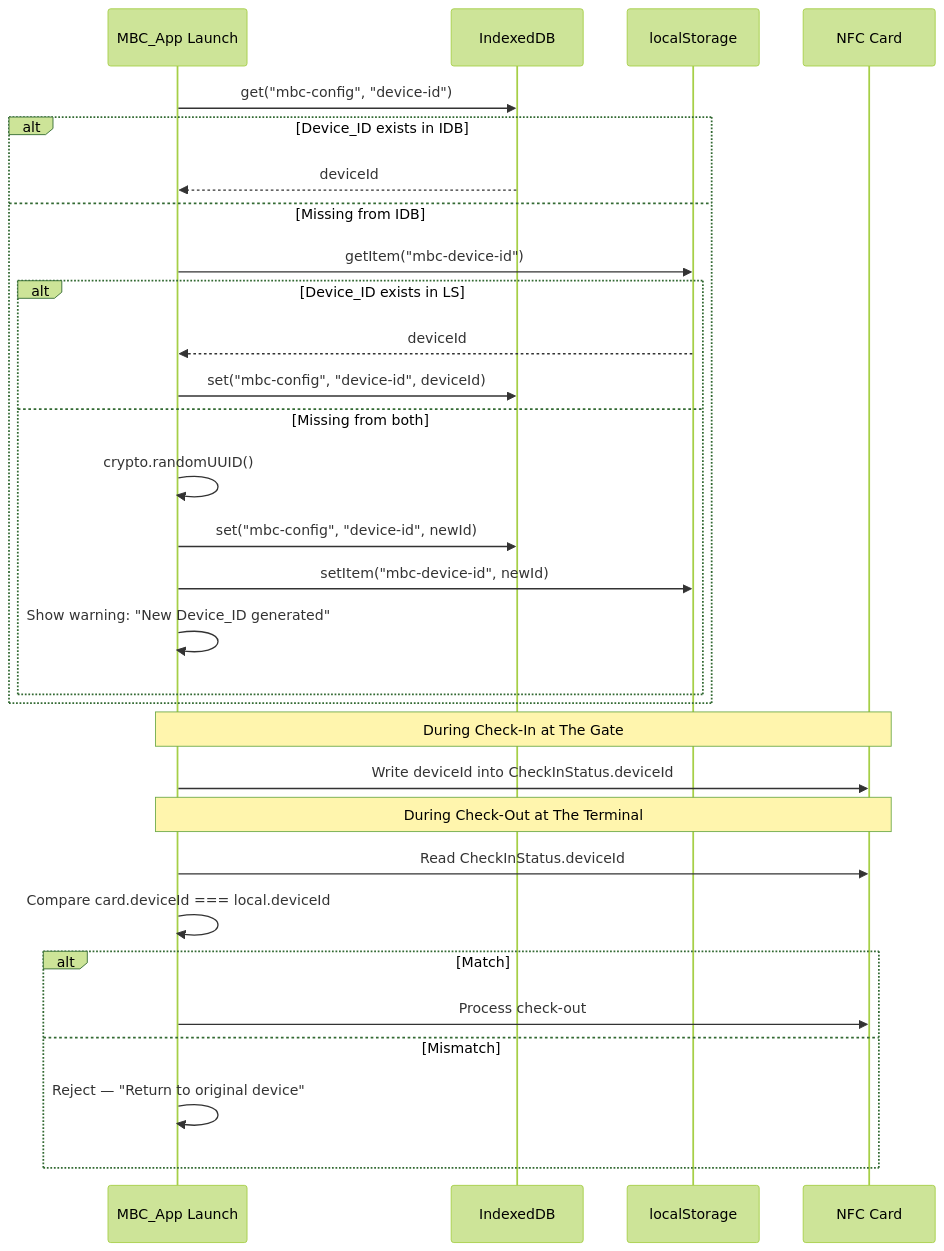
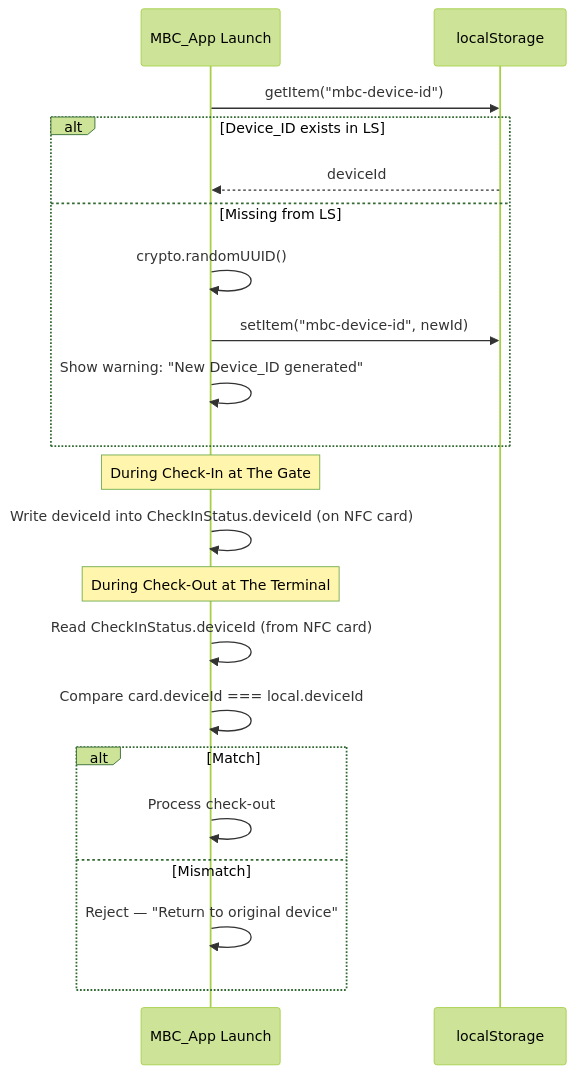
The fifth of 5 diagrams in .kiro/specs/membership-benefit-card/design.md (widdestoyud/assesment-s1-2026), drawn with Mermaid (forest theme) before and after one commit. The commit also changed other lines of this file and 23 other files, not shown here.

First line of the commit message:
chore(mbc): Update agents, specs, wiki docs, and storage architecture (#35)

````diff
--- a/.kiro/specs/membership-benefit-card/design.md
+++ b/.kiro/specs/membership-benefit-card/design.md
@@ -854,35 +835,26 @@
 ```mermaid
 sequenceDiagram
     participant App as MBC_App Launch
-    participant IDB as IndexedDB
     participant LS as localStorage
-    participant Card as NFC Card
 
-    App->>IDB: get("mbc-config", "device-id")
-    alt Device_ID exists in IDB
-        IDB-->>App: deviceId
-    else Missing from IDB
-        App->>LS: getItem("mbc-device-id")
-        alt Device_ID exists in LS
-            LS-->>App: deviceId
-            App->>IDB: set("mbc-config", "device-id", deviceId)
-        else Missing from both
-            App->>App: crypto.randomUUID()
-            App->>IDB: set("mbc-config", "device-id", newId)
-            App->>LS: setItem("mbc-device-id", newId)
-            App->>App: Show warning: "New Device_ID generated"
-        end
+    App->>LS: getItem("mbc-device-id")
+    alt Device_ID exists in LS
+        LS-->>App: deviceId
+    else Missing from LS
+        App->>App: crypto.randomUUID()
+        App->>LS: setItem("mbc-device-id", newId)
+        App->>App: Show warning: "New Device_ID generated"
     end
 
-    Note over App,Card: During Check-In at The Gate
-    App->>Card: Write deviceId into CheckInStatus.deviceId
+    Note over App: During Check-In at The Gate
+    App->>App: Write deviceId into CheckInStatus.deviceId (on NFC card)
 
-    Note over App,Card: During Check-Out at The Terminal
-    App->>Card: Read CheckInStatus.deviceId
+    Note over App: During Check-Out at The Terminal
+    App->>App: Read CheckInStatus.deviceId (from NFC card)
     App->>App: Compare card.deviceId === local.deviceId
     alt Match
-        App->>Card: Process check-out
+        App->>App: Process check-out
     else Mismatch
         App->>App: Reject — "Return to original device"
     end
 ```
````
